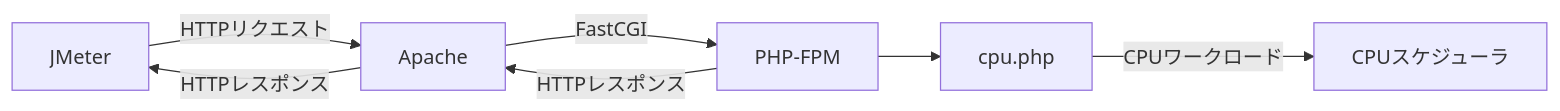
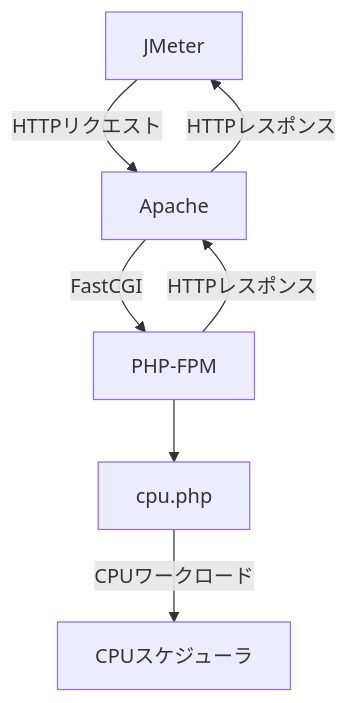
The first of 2 diagrams in content/blog/sideprojects/Apache Throughput Monitoring/index.md (YukunTseng/YukunTseng.github.io), drawn with Mermaid before and after one commit. The commit also changed other lines of this file and 42 other files, not shown here.

````diff
--- a/content/blog/sideprojects/Apache Throughput Monitoring/index.md
+++ b/content/blog/sideprojects/Apache Throughput Monitoring/index.md
@@ -116,11 +126,11 @@
 ```mermaid
-graph LR
+graph TB
 　
     A[JMeter] -->|HTTPリクエスト| B[Apache]
     B -->|FastCGI| C[PHP-FPM]
     C --> D[cpu.php]
     D -->|CPUワークロード| E[CPUスケジューラ]
 
     C -->|HTTPレスポンス| B
     B -->|HTTPレスポンス| A
 ```
````
